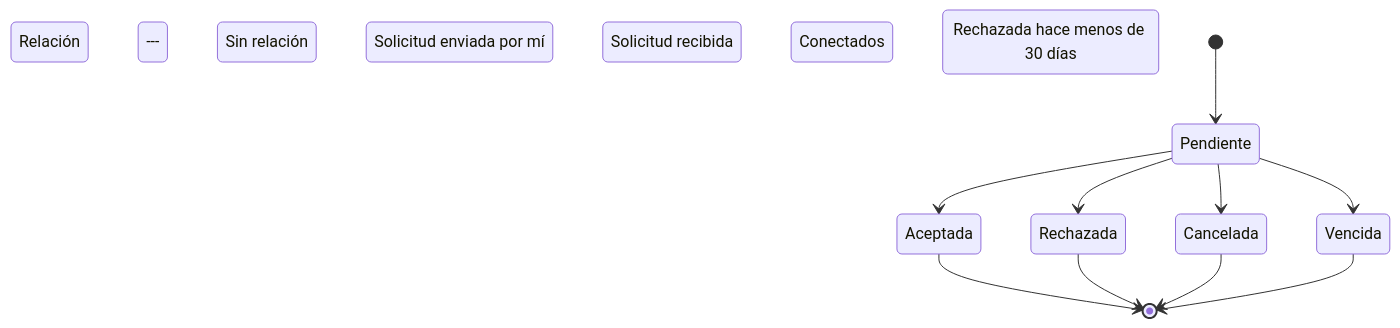
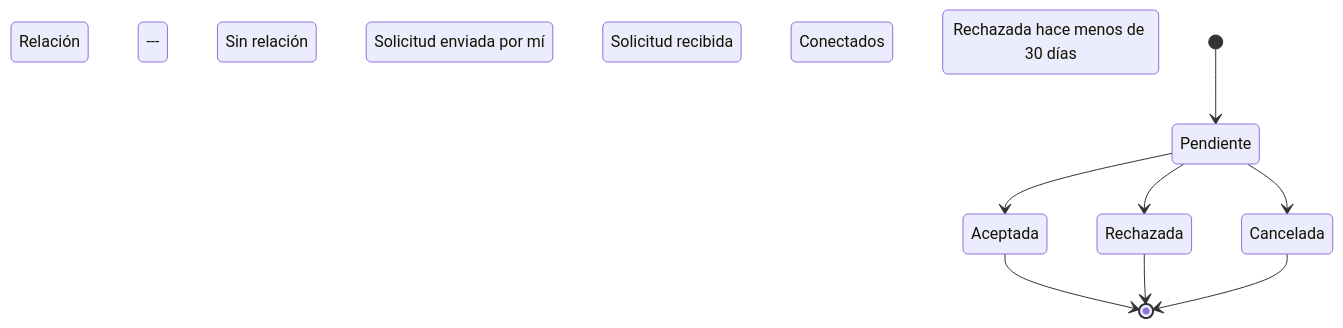
One commit to AFGamero/UniLink changed the diagram in docs/modulos/red/specs/FS-RED-01-solicitudes-conexion.md. Above: the diagram before and after it, drawn with Mermaid. The commit also changed other lines of this file and 27 other files, not shown here.

````diff
--- a/docs/modulos/red/specs/FS-RED-01-solicitudes-conexion.md
+++ b/docs/modulos/red/specs/FS-RED-01-solicitudes-conexion.md
@@ -82,24 +82,21 @@
 ```mermaid
 stateDiagram-v2
     state "Pendiente" as e1
     state "Aceptada" as e2
     state "Rechazada" as e3
     state "Cancelada" as e4
-    state "Vencida" as e5
     state "Relación" as e6
     state "---" as e7
     state "Sin relación" as e8
     state "Solicitud enviada por mí" as e9
     state "Solicitud recibida" as e10
     state "Conectados" as e11
     state "Rechazada hace menos de 30 días" as e12
     [*] --> e1
     e1 --> e2
     e1 --> e3
     e1 --> e4
-    e1 --> e5
     e2 --> [*]
     e3 --> [*]
     e4 --> [*]
-    e5 --> [*]
 ```
````
